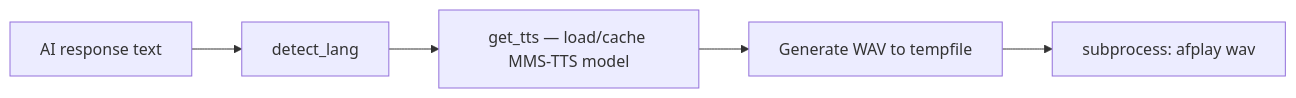
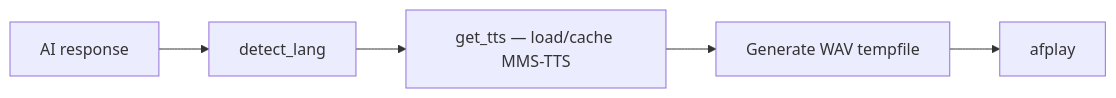
The fifth of 5 diagrams in .agents/summary/workflows.md (zixma13/terminator), drawn with Mermaid before and after one commit. The commit also changed other lines of this file and 9 other files, not shown here.

````diff
--- a/.agents/summary/workflows.md
+++ b/.agents/summary/workflows.md
@@ -106,7 +92,7 @@
 ```mermaid
 flowchart LR
-    A[AI response text] --> B[detect_lang]
-    B --> C[get_tts — load/cache MMS-TTS model]
-    C --> D[Generate WAV to tempfile]
-    D --> E[subprocess: afplay wav]
+    A[AI response] --> B[detect_lang]
+    B --> C[get_tts — load/cache MMS-TTS]
+    C --> D[Generate WAV tempfile]
+    D --> E[afplay]
 ```
````
